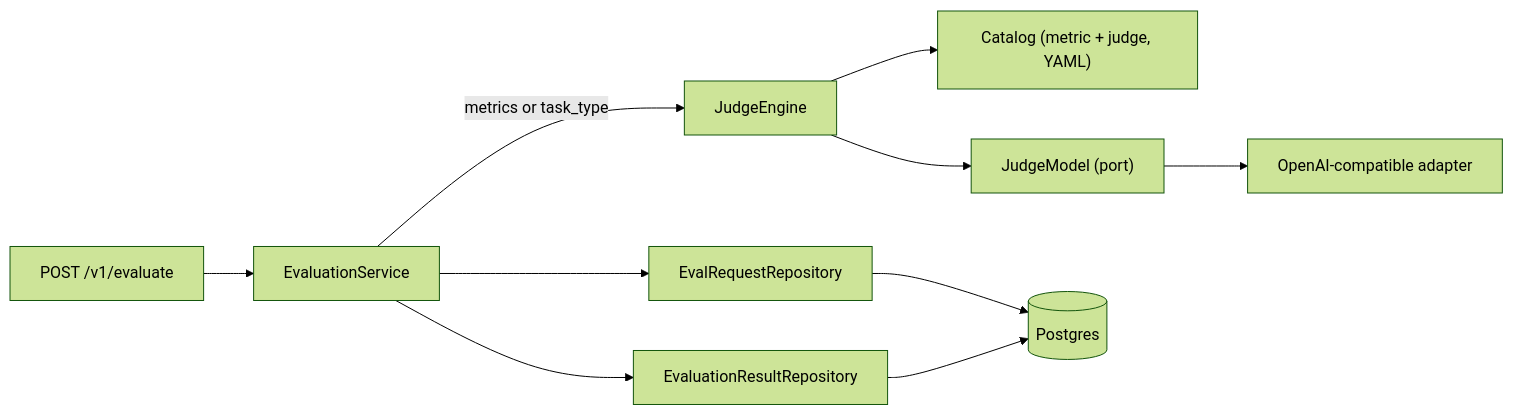
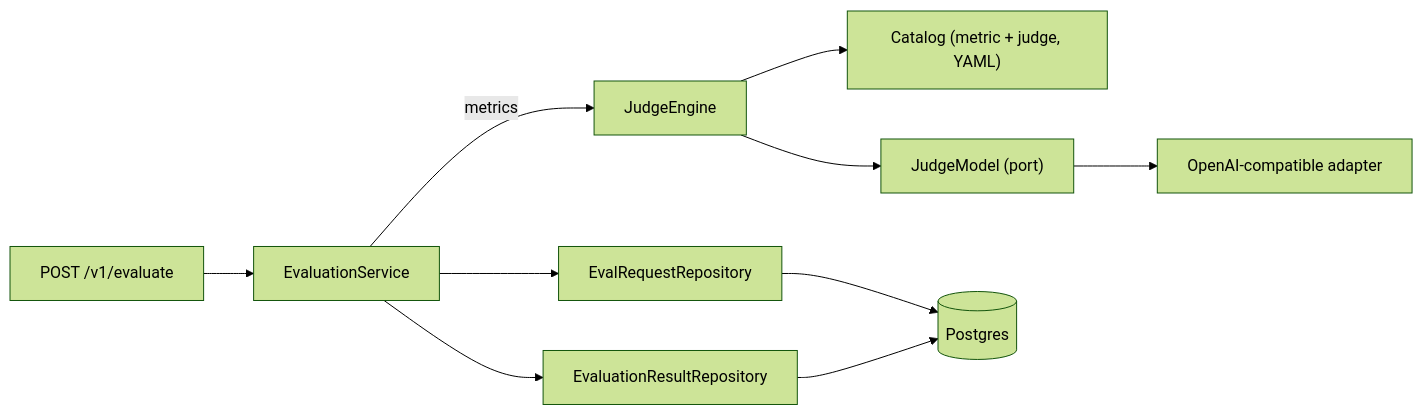
Before and after one commit to DimitarAtanassov/arc-eval-service: the diagram in docs/arc-evaluator.md, drawn with Mermaid (forest theme). The commit also changed other lines of this file and 18 other files, not shown here.

````diff
--- a/docs/arc-evaluator.md
+++ b/docs/arc-evaluator.md
@@ -18,12 +18,12 @@
 ```mermaid
 flowchart LR
     API["POST /v1/evaluate"] --> SVC["EvaluationService"]
-    SVC -->|"metrics or task_type"| ENG["JudgeEngine"]
+    SVC -->|"metrics"| ENG["JudgeEngine"]
     ENG --> LIB["Catalog (metric + judge, YAML)"]
     ENG --> PORT["JudgeModel (port)"]
     PORT --> OAI["OpenAI-compatible adapter"]
     SVC --> REQ["EvalRequestRepository"]
     SVC --> RES["EvaluationResultRepository"]
     REQ --> DB[("Postgres")]
     RES --> DB
 ```
````
